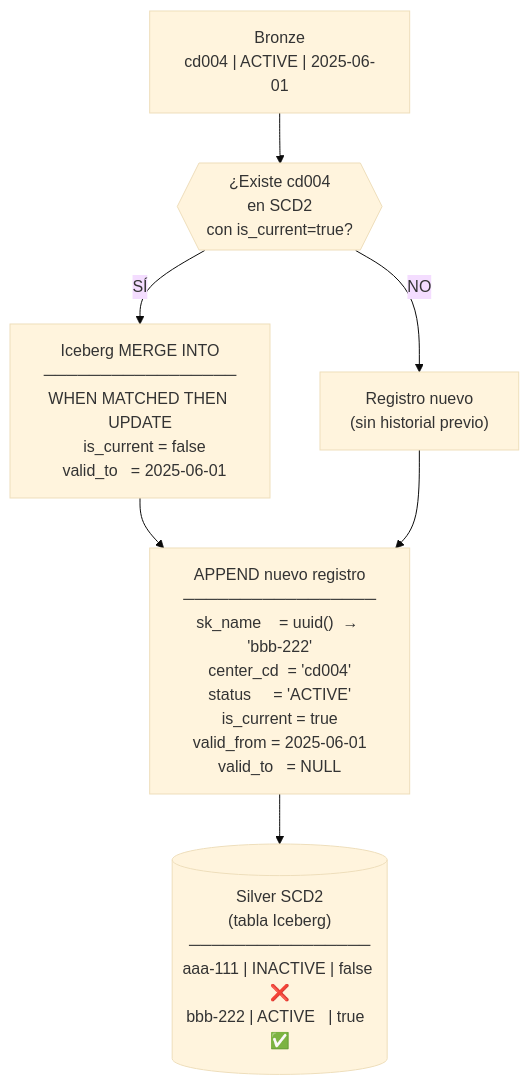
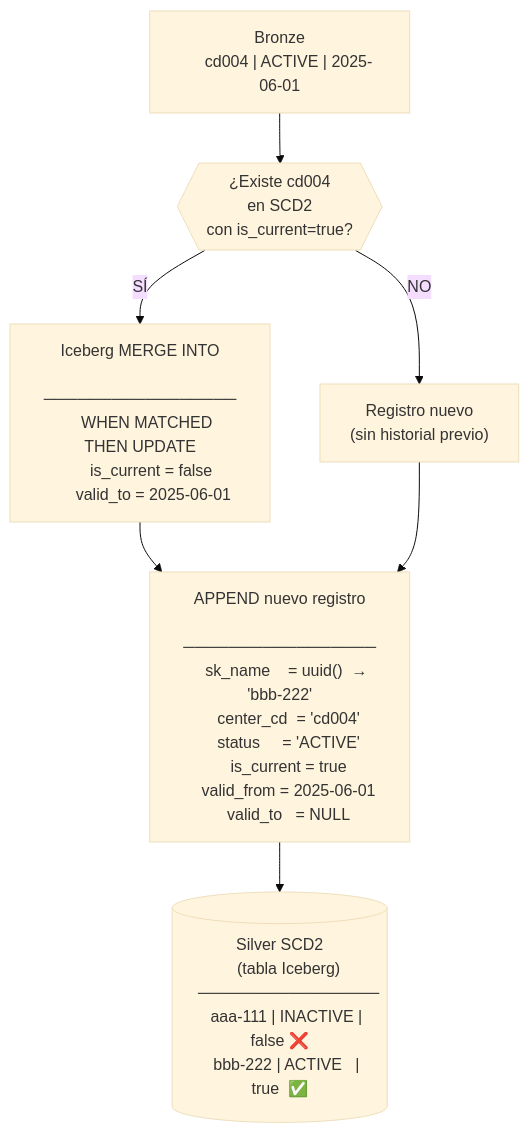
The fifth of 6 diagrams in EXAMPLES.md (rafarngt/poc-iceberg-dbt-uudis), drawn with Mermaid (base theme) before and after one commit.

Commit message:
actualizacion de documentacion

````diff
--- a/EXAMPLES.md
+++ b/EXAMPLES.md
@@ -163,12 +163,31 @@
 ```mermaid
 flowchart TD
-    A["Bronze\ncd004 | ACTIVE | 2025-06-01"] --> B{{"¿Existe cd004\nen SCD2\ncon is_current=true?"}}
+    A["Bronze
+    cd004 | ACTIVE | 2025-06-01"] --> B{{"¿Existe cd004
+    en SCD2
+    con is_current=true?"}}
 
-    B -- SÍ --> C["Iceberg MERGE INTO\n─────────────────\nWHEN MATCHED THEN UPDATE\n  is_current = false\n  valid_to   = 2025-06-01"]
-    B -- NO --> D["Registro nuevo\n(sin historial previo)"]
+    B -- SÍ --> C["Iceberg MERGE INTO
+    ─────────────────
+    WHEN MATCHED THEN UPDATE
+      is_current = false 
+      valid_to = 2025-06-01"]
+    B -- NO --> D["Registro nuevo
+    (sin historial previo)"]
 
-    C --> E["APPEND nuevo registro\n─────────────────\nsk_name    = uuid()  → 'bbb-222'\ncenter_cd  = 'cd004'\nstatus     = 'ACTIVE'\nis_current = true\nvalid_from = 2025-06-01\nvalid_to   = NULL"]
+    C --> E["APPEND nuevo registro
+    ─────────────────
+    sk_name    = uuid()  → 'bbb-222'
+    center_cd  = 'cd004'
+    status     = 'ACTIVE'
+    is_current = true
+    valid_from = 2025-06-01
+    valid_to   = NULL"]
     D --> E
 
-    E --> F[("Silver SCD2\n(tabla Iceberg)\n────────────────\naaa-111 | INACTIVE | false ❌\nbbb-222 | ACTIVE   | true  ✅")]
+    E --> F[("Silver SCD2
+    (tabla Iceberg)
+    ────────────────
+    aaa-111 | INACTIVE | false ❌
+    bbb-222 | ACTIVE   | true  ✅")]
 ```
````
